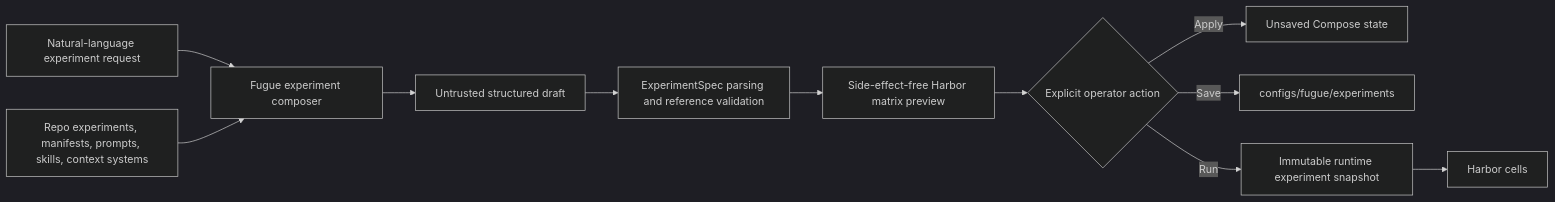
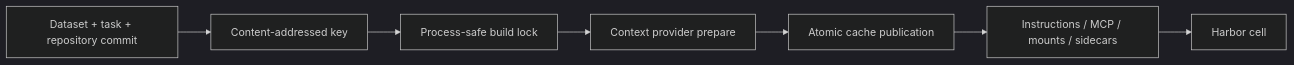
The sixth of 7 diagrams in README.md (ash0ts/fugue), drawn with Mermaid (dark theme) before and after one commit. The commit also changed other lines of this file and 38 other files, not shown here.

Commit message:
Refactor fugue orchestration and provider handling

````diff
--- a/README.md
+++ b/README.md
@@ -481,13 +299,9 @@
 ```mermaid
 flowchart LR
-    USER["Natural-language experiment request"] --> COMPOSER["Fugue experiment composer"]
-    CATALOG["Repo experiments, manifests, prompts, skills, context systems"] --> COMPOSER
-    COMPOSER --> DRAFT["Untrusted structured draft"]
-    DRAFT --> VALIDATE["ExperimentSpec parsing and reference validation"]
-    VALIDATE --> PREVIEW["Side-effect-free Harbor matrix preview"]
-    PREVIEW --> REVIEW{"Explicit operator action"}
-    REVIEW -->|"Apply"| FORM["Unsaved Compose state"]
-    REVIEW -->|"Save"| REPO["configs/fugue/experiments"]
-    REVIEW -->|"Run"| SNAPSHOT["Immutable runtime experiment snapshot"]
-    SNAPSHOT --> HARBOR["Harbor cells"]
+    TASK["Dataset + task + repository commit"] --> KEY["Content-addressed key"]
+    KEY --> LOCK["Process-safe build lock"]
+    LOCK --> PROVIDER["Context provider prepare"]
+    PROVIDER --> CACHE["Atomic cache publication"]
+    CACHE --> BIND["Instructions / MCP / mounts / sidecars"]
+    BIND --> CELL["Harbor cell"]
 ```
````
